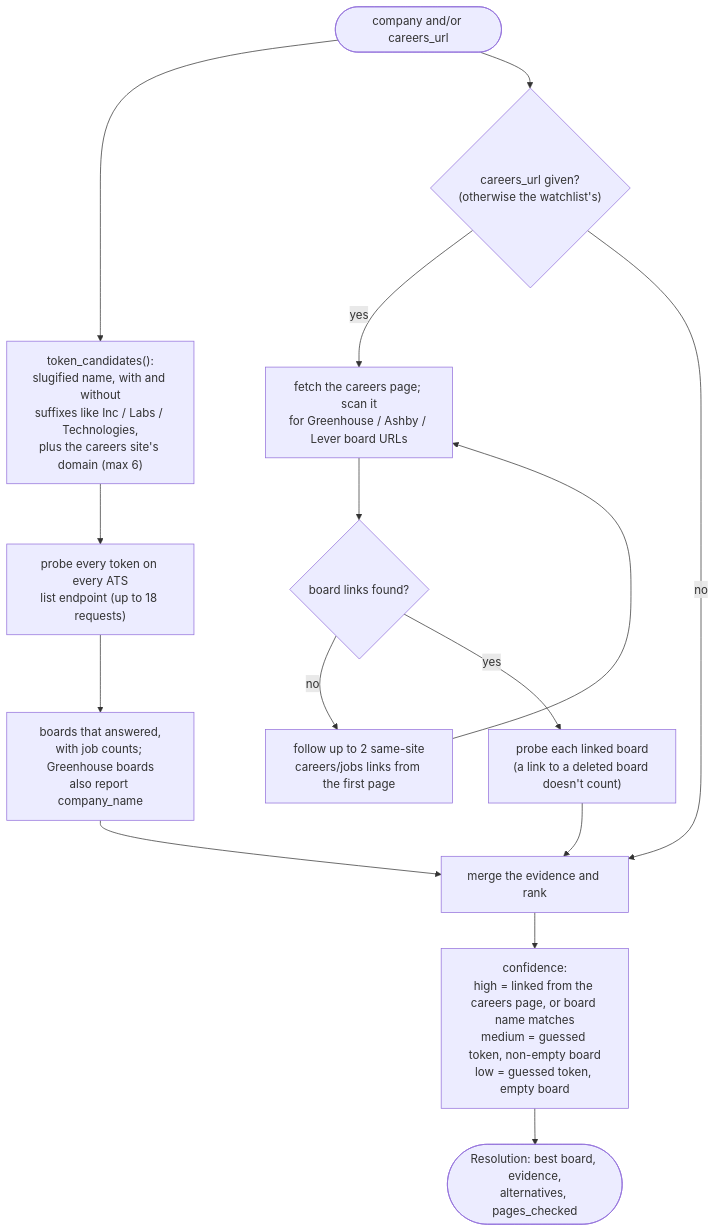
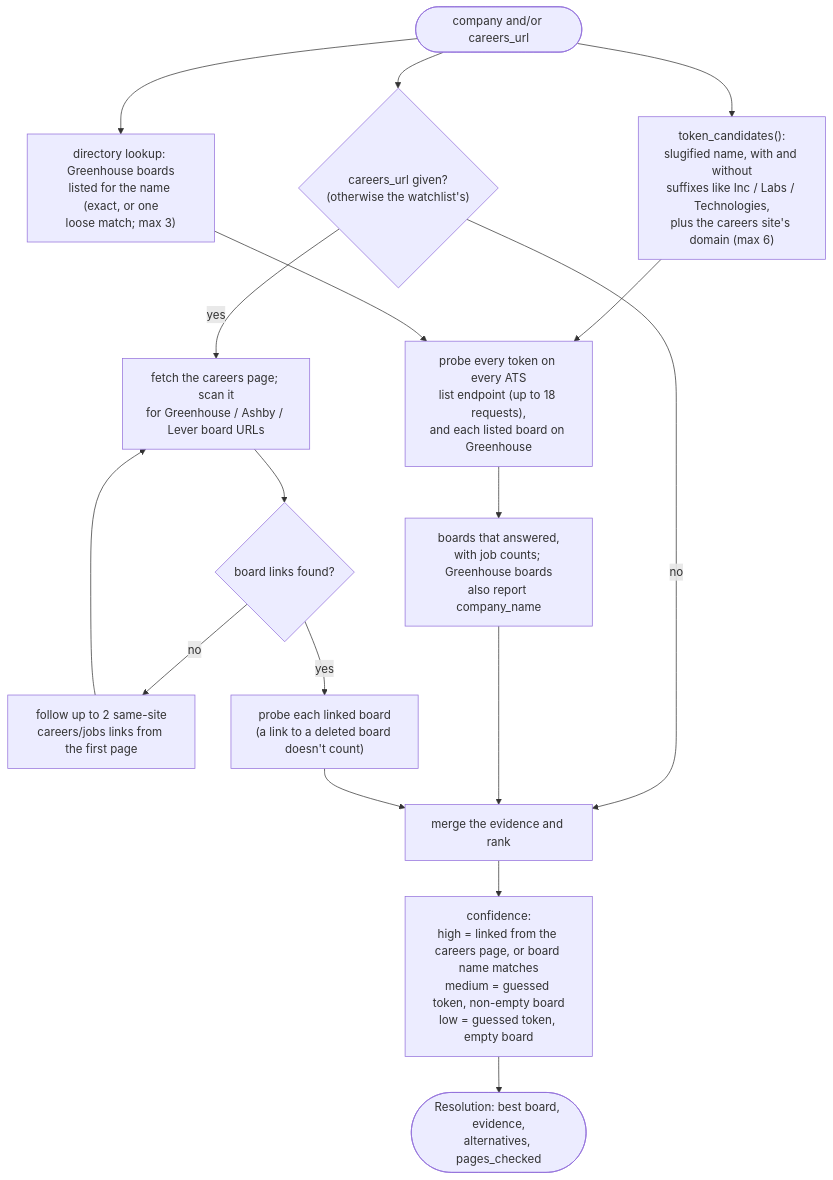
Before and after one commit to HakujouRyu/jobboard-mcp: the fifth of 7 diagrams in docs/architecture.md, drawn with Mermaid. The commit also changed other lines of this file and 12 other files, not shown here.

First line of the commit message:
Look companies up in a bundled Greenhouse board list in resolve_board

````diff
--- a/docs/architecture.md
+++ b/docs/architecture.md
@@ -255,19 +260,21 @@
 ```mermaid
 flowchart TD
     in(["company and/or careers_url"]) --> tokens["token_candidates():<br/>slugified name, with and without<br/>suffixes like Inc / Labs / Technologies,<br/>plus the careers site's domain (max 6)"]
     in --> page{"careers_url given?<br/>(otherwise the watchlist's)"}
+    in --> listed["directory lookup: Greenhouse boards<br/>listed for the name (exact, or one<br/>loose match; max 3)"]
 
-    tokens --> probe["probe every token on every ATS<br/>list endpoint (up to 18 requests)"]
+    tokens --> probe["probe every token on every ATS<br/>list endpoint (up to 18 requests),<br/>and each listed board on Greenhouse"]
+    listed --> probe
     probe --> answered["boards that answered,<br/>with job counts; Greenhouse boards<br/>also report company_name"]
 
     page -- yes --> scan["fetch the careers page; scan it<br/>for Greenhouse / Ashby / Lever board URLs"]
     scan --> refs{"board links found?"}
     refs -- no --> follow["follow up to 2 same-site<br/>careers/jobs links from the first page"] --> scan
     refs -- yes --> verify["probe each linked board<br/>(a link to a deleted board doesn't count)"]
     page -- no --> merge
 
     answered --> merge["merge the evidence and rank"]
     verify --> merge
     merge --> conf["confidence:<br/>high = linked from the careers page, or board name matches<br/>medium = guessed token, non-empty board<br/>low = guessed token, empty board"]
     conf --> out(["Resolution: best board, evidence,<br/>alternatives, pages_checked"])
 ```
````
